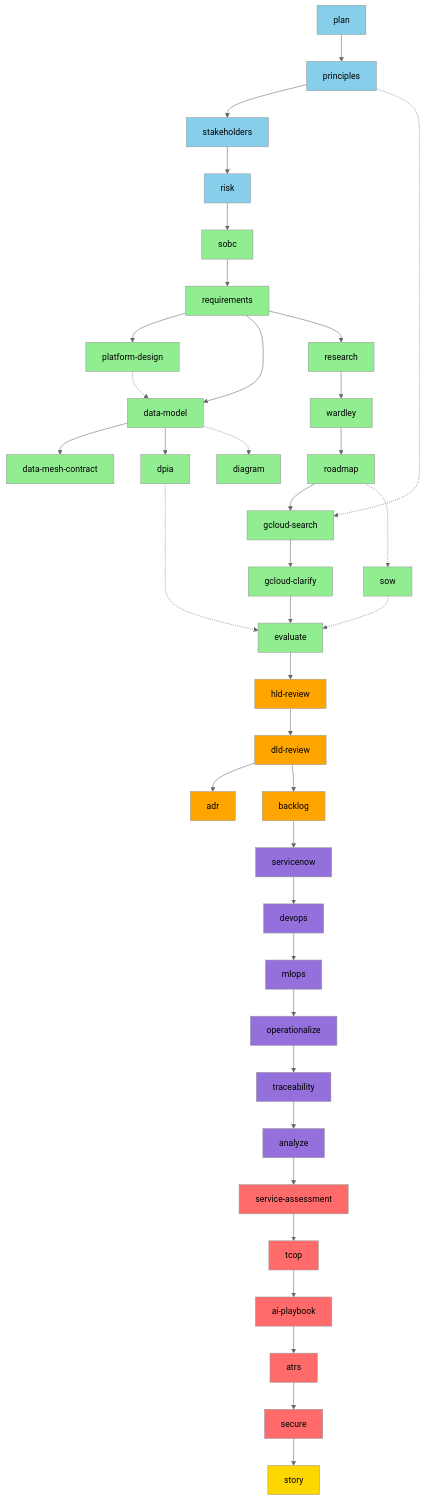
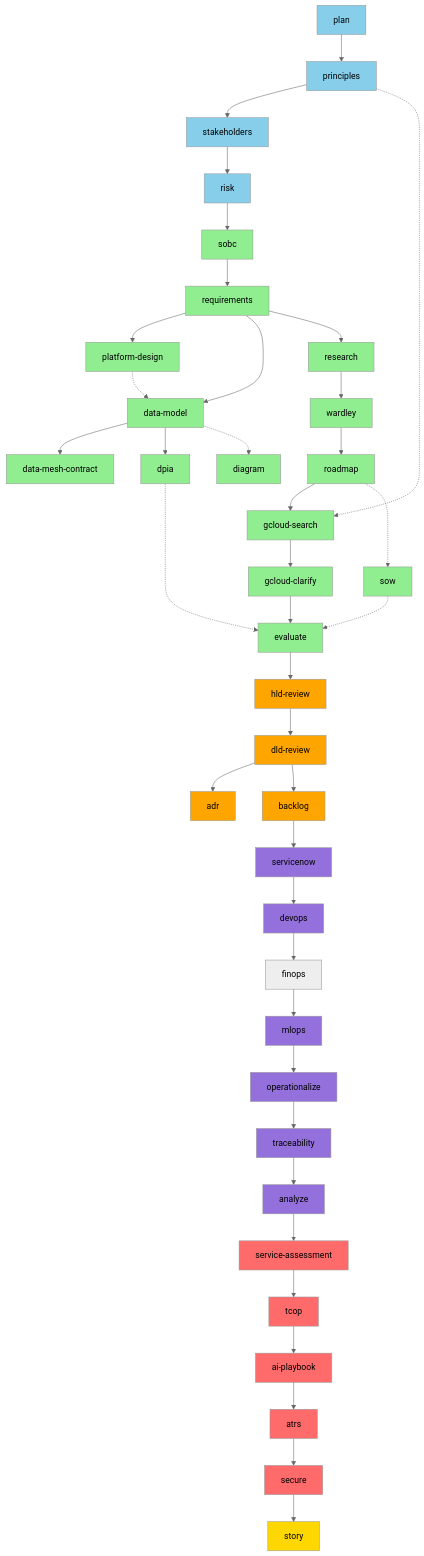
One commit to tractorjuice/arc-kit changed the third of 9 diagrams in WORKFLOW-DIAGRAMS.md. Above: the diagram before and after it, drawn with Mermaid (neutral theme). The commit also changed other lines of this file and 3 other files, not shown here.

```diff
--- a/WORKFLOW-DIAGRAMS.md
+++ b/WORKFLOW-DIAGRAMS.md
@@ -239,7 +241,8 @@
     %% Tier 8-9: Operations & Quality
     U --> V[servicenow]
     V --> V1[devops]
-    V1 --> V2[mlops]
+    V1 --> V1a[finops]
+    V1a --> V2[mlops]
     V2 --> V3[operationalize]
     V3 --> X[traceability]
     X --> Y[analyze]
```
